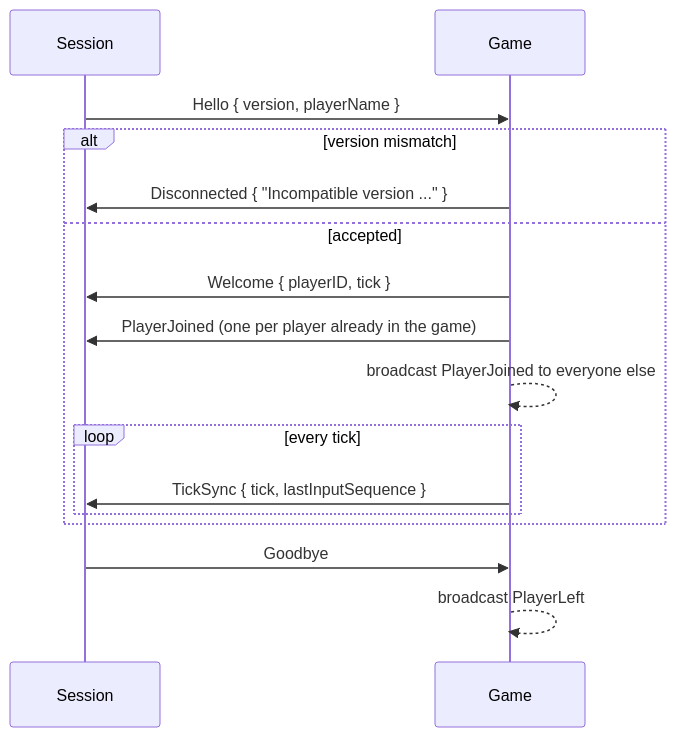
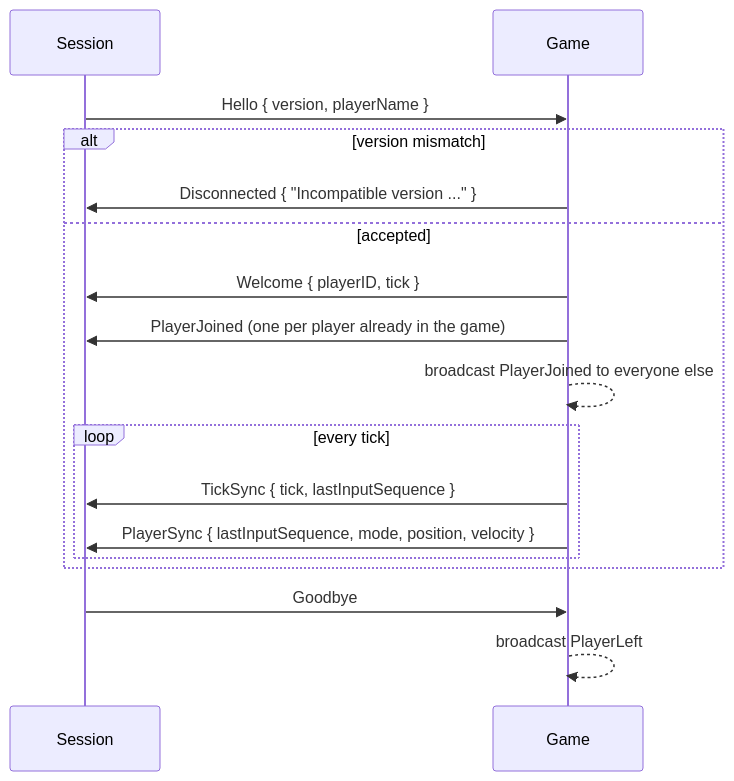
The diagram in docs/networking.md (hippgroot/cave-game), drawn with Mermaid before and after one commit. The commit also changed other lines of this file and 84 other files, not shown here.

````diff
--- a/docs/networking.md
+++ b/docs/networking.md
@@ -34,19 +38,20 @@
 ```mermaid
 sequenceDiagram
   participant C as Session
   participant G as Game
 
   C->>G: Hello { version, playerName }
   alt version mismatch
     G->>C: Disconnected { "Incompatible version ..." }
   else accepted
     G->>C: Welcome { playerID, tick }
     G->>C: PlayerJoined (one per player already in the game)
     G-->>G: broadcast PlayerJoined to everyone else
     loop every tick
       G->>C: TickSync { tick, lastInputSequence }
+      G->>C: PlayerSync { lastInputSequence, mode, position, velocity }
     end
   end
   C->>G: Goodbye
   G-->>G: broadcast PlayerLeft
 ```
````
